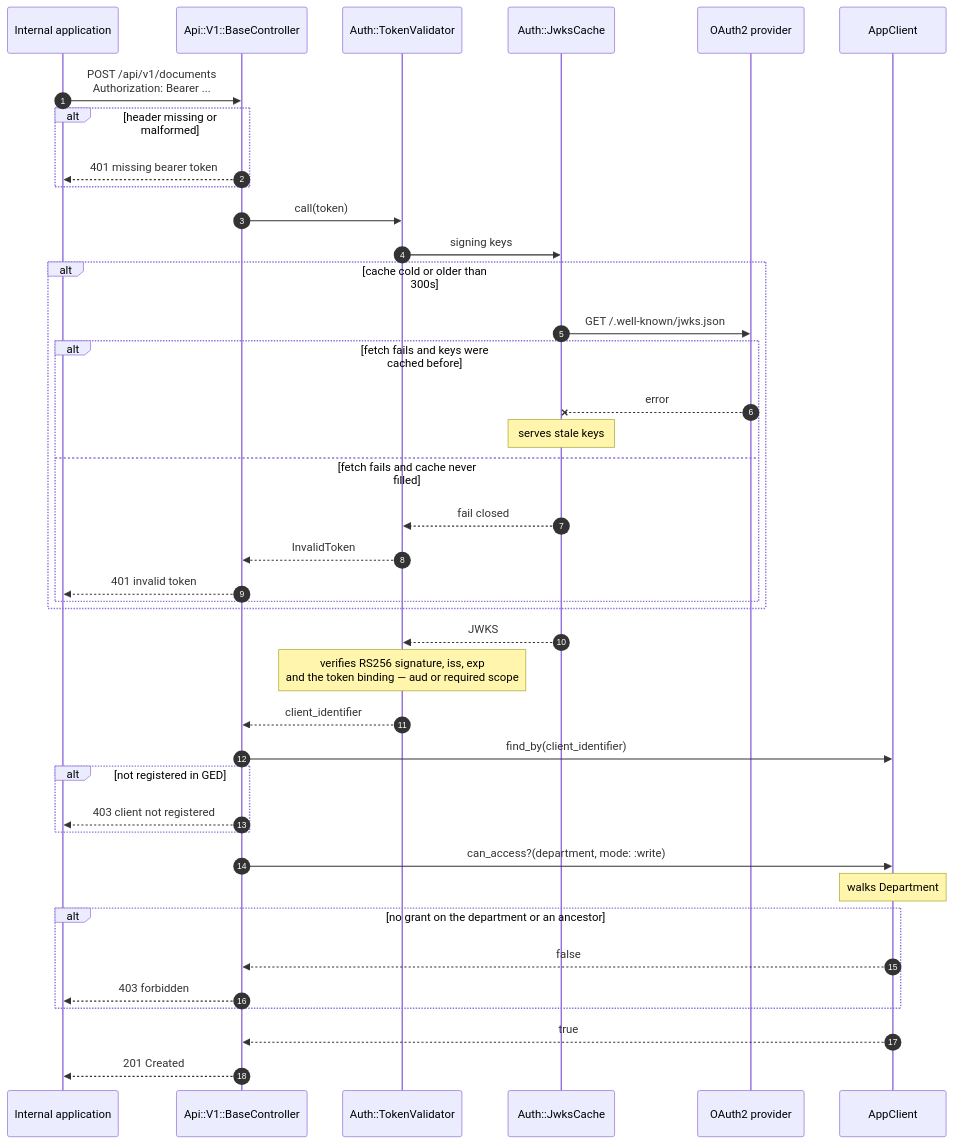
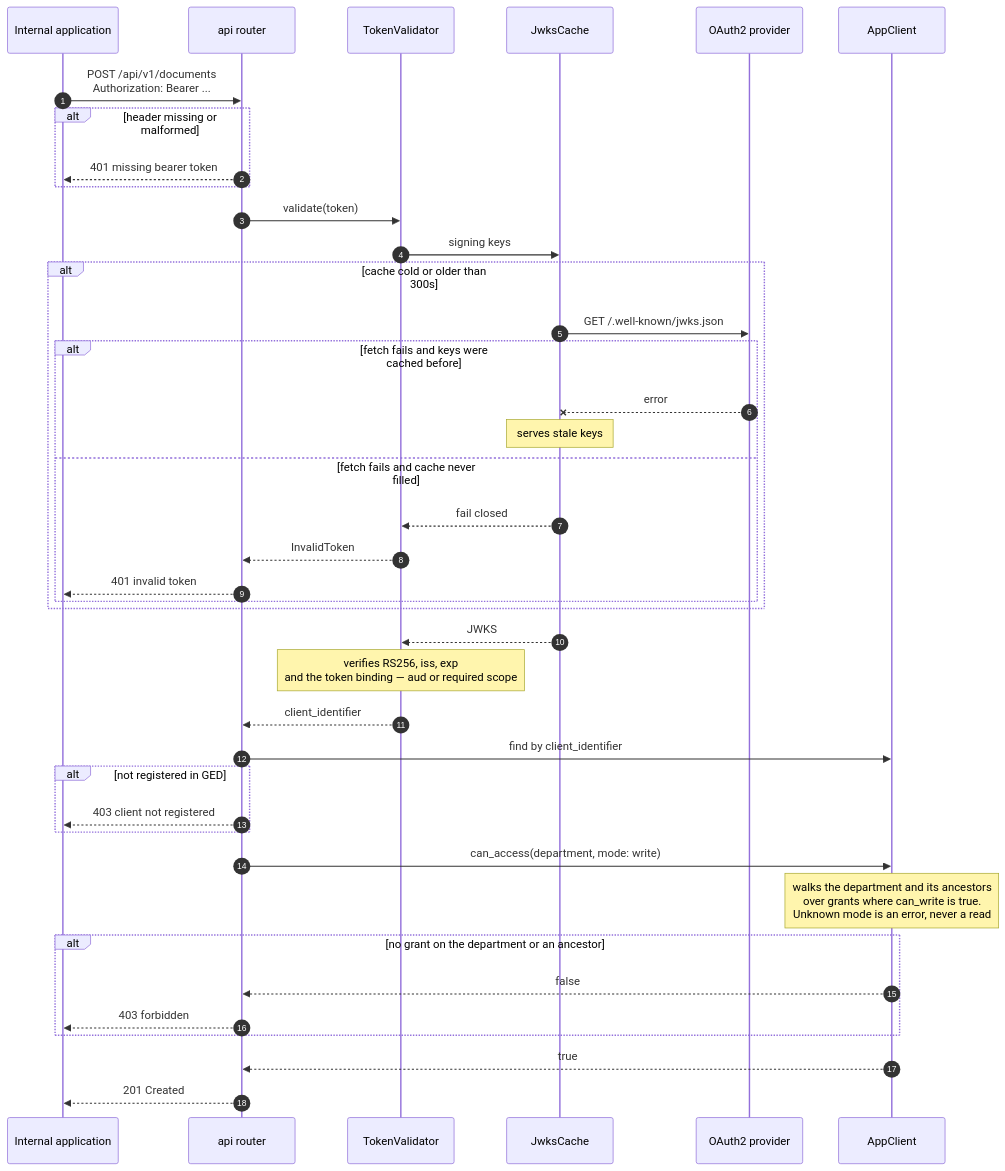
Before and after one commit to maximefourre/ged: the fifth of 7 diagrams in docs/architecture/c4.md, drawn with Mermaid. The commit also changed other lines of this file and 7 other files, not shown here.

````diff
--- a/docs/architecture/c4.md
+++ b/docs/architecture/c4.md
@@ -235,43 +238,43 @@
 ```mermaid
 sequenceDiagram
     autonumber
     participant C as Internal application
-    participant B as Api::V1::BaseController
-    participant TV as Auth::TokenValidator
-    participant JC as Auth::JwksCache
+    participant B as api router
+    participant TV as TokenValidator
+    participant JC as JwksCache
     participant IdP as OAuth2 provider
     participant AC as AppClient
 
     C->>B: POST /api/v1/documents<br/>Authorization: Bearer ...
     alt header missing or malformed
         B-->>C: 401 missing bearer token
     end
-    B->>TV: call(token)
+    B->>TV: validate(token)
     TV->>JC: signing keys
     alt cache cold or older than 300s
         JC->>IdP: GET /.well-known/jwks.json
         alt fetch fails and keys were cached before
             IdP--xJC: error
             Note over JC: serves stale keys
         else fetch fails and cache never filled
             JC-->>TV: fail closed
             TV-->>B: InvalidToken
             B-->>C: 401 invalid token
         end
     end
     JC-->>TV: JWKS
-    Note over TV: verifies RS256 signature, iss, exp<br/>and the token binding — aud or required scope
+    Note over TV: verifies RS256, iss, exp<br/>and the token binding — aud or required scope
     TV-->>B: client_identifier
-    B->>AC: find_by(client_identifier)
+    B->>AC: find by client_identifier
     alt not registered in GED
         B-->>C: 403 client not registered
     end
-    B->>AC: can_access?(department, mode: :write)
-    Note over AC: walks Department#self_and_ancestors over<br/>grants where can_write is true.<br/>Unknown mode raises, never defaults to read
+    B->>AC: can_access(department, mode: write)
+    Note over AC: walks the department and its ancestors<br/>over grants where can_write is true.<br/>Unknown mode is an error, never a read
     alt no grant on the department or an ancestor
         AC-->>B: false
         B-->>C: 403 forbidden
     end
     AC-->>B: true
     B-->>C: 201 Created
 ```
````
